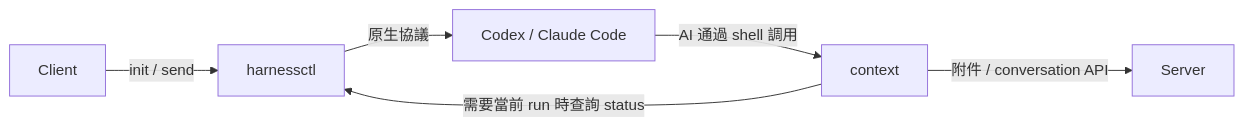
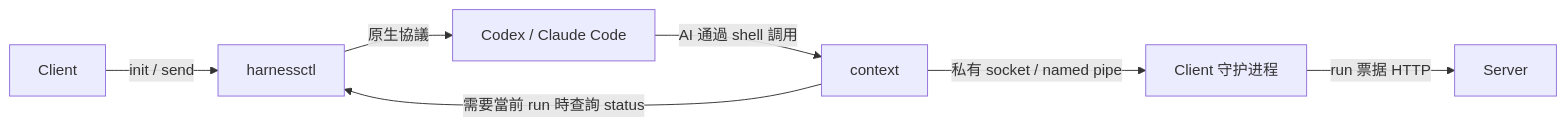
One commit to memory-co/agentuse changed the diagram in docs/client/context.md. Above: the diagram before and after it, drawn with Mermaid. The commit also changed other lines of this file and 118 other files, not shown here.

````diff
--- a/docs/client/context.md
+++ b/docs/client/context.md
@@ -16,8 +16,9 @@
 ```mermaid
 flowchart LR
     C[Client] -->|init / send| H[harnessctl]
     H -->|原生協議| N[Codex / Claude Code]
     N -->|AI 通過 shell 調用| T[context]
     T -->|需要當前 run 時查詢 status| H
-    T -->|附件 / conversation API| S[Server]
+    T -->|私有 socket / named pipe| D[Client 守护进程]
+    D -->|run 票据 HTTP| S[Server]
 ```
````
